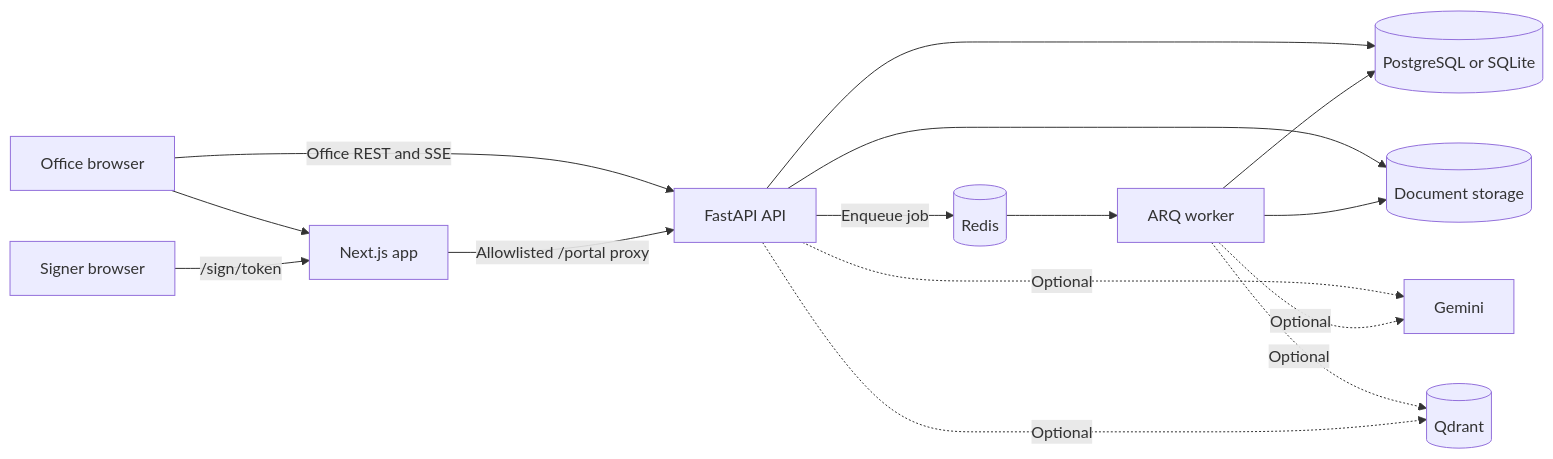
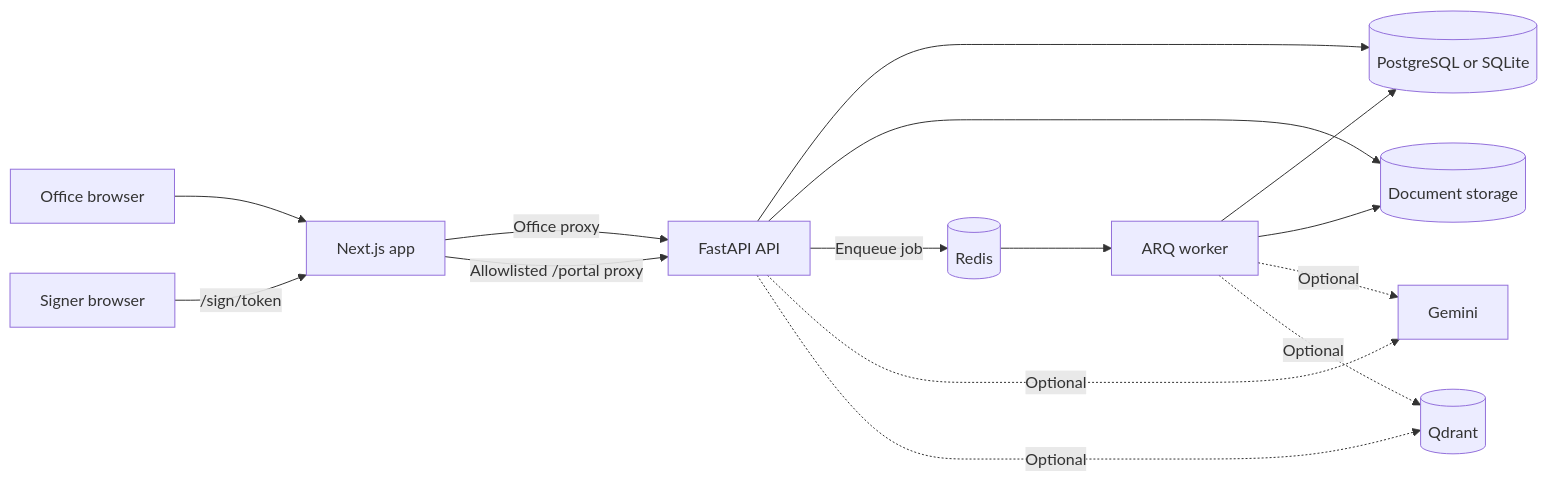
One commit to Or508/DocketAI changed the diagram in README.md. Above: the diagram before and after it, drawn with Mermaid. The commit also changed other lines of this file and 50 other files, not shown here.

````diff
--- a/README.md
+++ b/README.md
@@ -41,17 +41,17 @@
 ```mermaid
 flowchart LR
     Office["Office browser"] --> Web["Next.js app"]
-    Office -->|"Office REST and SSE"| API["FastAPI API"]
     Signer["Signer browser"] -->|"/sign/token"| Web
+    Web -->|"Office proxy"| API["FastAPI API"]
     Web -->|"Allowlisted /portal proxy"| API
     API --> DB[("PostgreSQL or SQLite")]
     API --> Files[("Document storage")]
     API -->|"Enqueue job"| Redis[("Redis")]
     Redis --> Worker["ARQ worker"]
     Worker --> DB
     Worker --> Files
     API -.->|"Optional"| Gemini["Gemini"]
     Worker -.->|"Optional"| Gemini
     Worker -.->|"Optional"| Qdrant[("Qdrant")]
     API -.->|"Optional"| Qdrant
 ```
````
